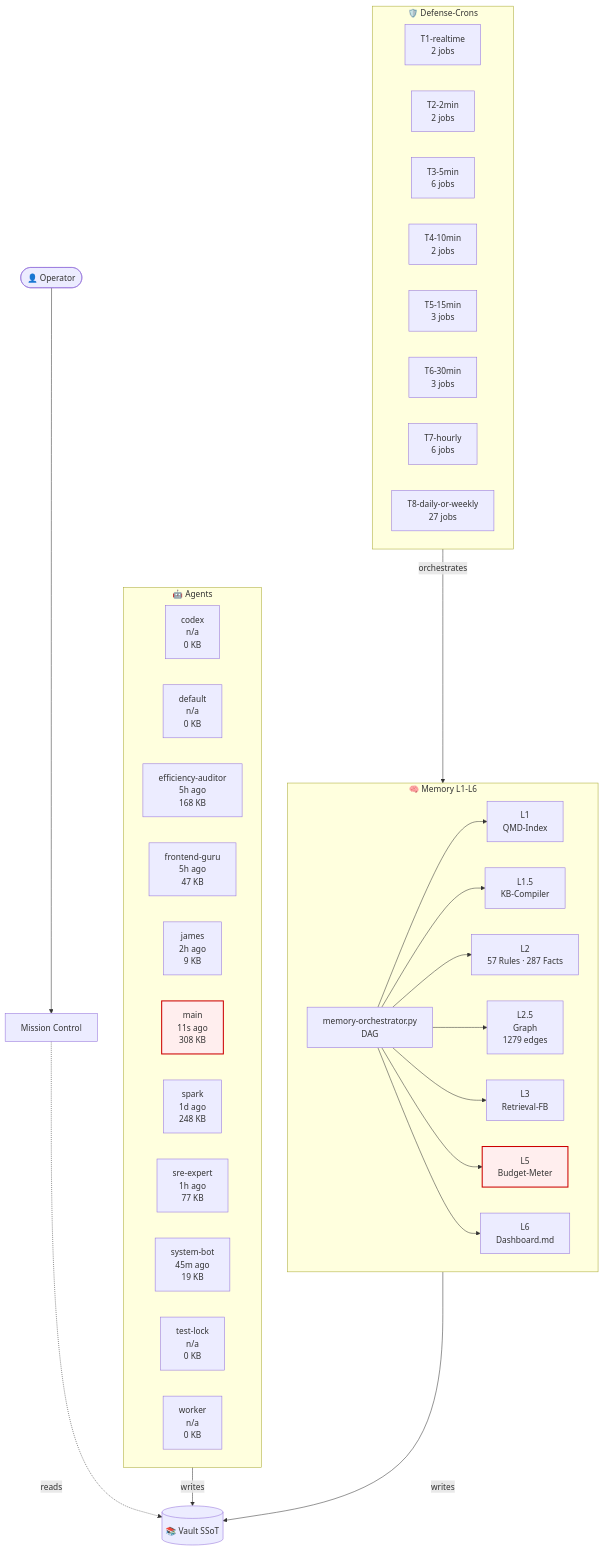
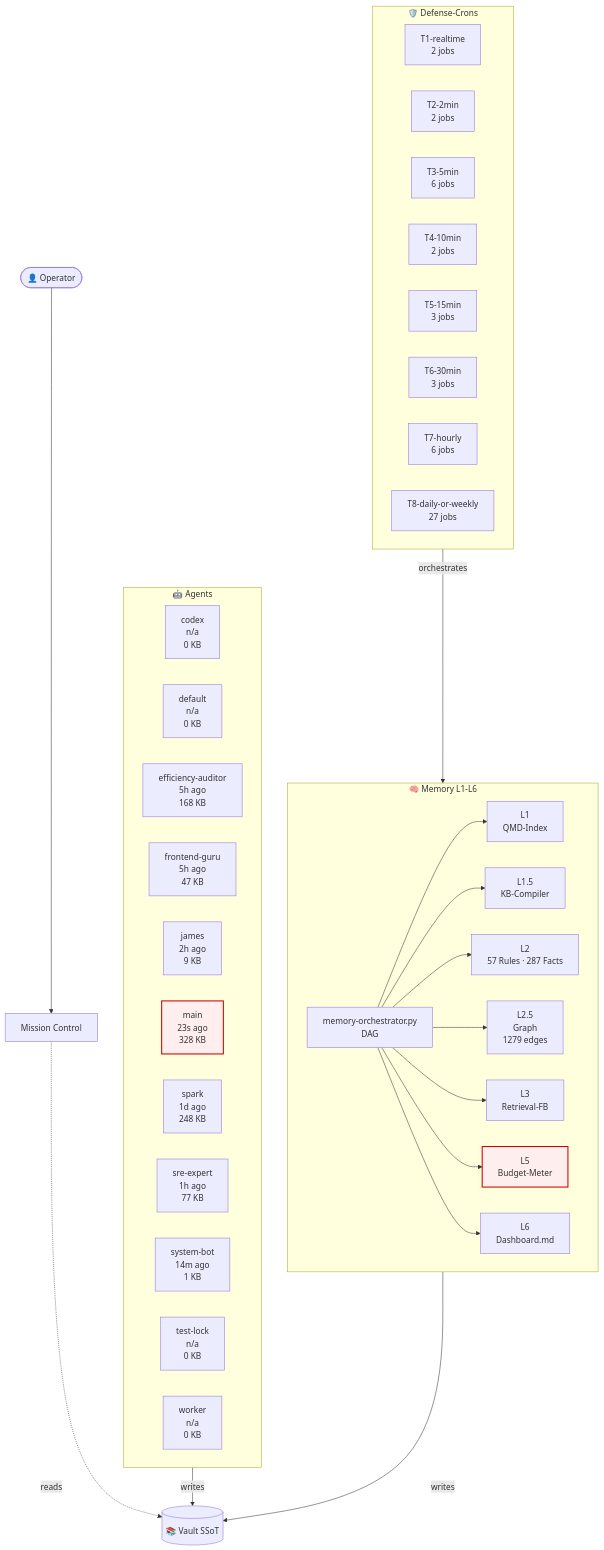
Before and after one commit to lenardhuebner88-rgb/openclaw-memory: the diagram in 03-Agents/architecture-live.md, drawn with Mermaid. The commit also changed other lines of this file and 18 other files, not shown here.

````diff
--- a/03-Agents/architecture-live.md
+++ b/03-Agents/architecture-live.md
@@ -18,54 +18,54 @@
 ```mermaid
 flowchart TB
     classDef critical fill:#fee,stroke:#c00,stroke-width:2px;
     subgraph AGT["🤖 Agents"]
         agent_codex["codex<br/>n/a<br/>0 KB"]
         agent_default["default<br/>n/a<br/>0 KB"]
         agent_efficiency_auditor["efficiency-auditor<br/>5h ago<br/>168 KB"]
         agent_frontend_guru["frontend-guru<br/>5h ago<br/>47 KB"]
         agent_james["james<br/>2h ago<br/>9 KB"]
-        agent_main["main<br/>11s ago<br/>308 KB"]
+        agent_main["main<br/>23s ago<br/>328 KB"]
         agent_spark["spark<br/>1d ago<br/>248 KB"]
         agent_sre_expert["sre-expert<br/>1h ago<br/>77 KB"]
-        agent_system_bot["system-bot<br/>45m ago<br/>19 KB"]
+        agent_system_bot["system-bot<br/>14m ago<br/>1 KB"]
         agent_test_lock["test-lock<br/>n/a<br/>0 KB"]
         agent_worker["worker<br/>n/a<br/>0 KB"]
     end
     subgraph MEM["🧠 Memory L1-L6"]
         L1["L1<br/>QMD-Index"]
         L15["L1.5<br/>KB-Compiler"]
         L2["L2<br/>57 Rules · 287 Facts"]
         L25["L2.5<br/>Graph<br/>1279 edges"]
         L3["L3<br/>Retrieval-FB"]
         L5["L5<br/>Budget-Meter"]
         L6["L6<br/>Dashboard.md"]
         ORCH["memory-orchestrator.py<br/>DAG"]
     end
     subgraph CRN["🛡️ Defense-Crons"]
         tier_T1_realtime["T1-realtime<br/>2 jobs"]
         tier_T2_2min["T2-2min<br/>2 jobs"]
         tier_T3_5min["T3-5min<br/>6 jobs"]
         tier_T4_10min["T4-10min<br/>2 jobs"]
         tier_T5_15min["T5-15min<br/>3 jobs"]
         tier_T6_30min["T6-30min<br/>3 jobs"]
         tier_T7_hourly["T7-hourly<br/>6 jobs"]
         tier_T8_daily_or_weekly["T8-daily-or-weekly<br/>27 jobs"]
     end
     VAULT[("📚 Vault SSoT")]
     OP([👤 Operator])
     MC["Mission Control"]
     OP --> MC
     MC -.reads.-> VAULT
     AGT -->|writes| VAULT
     MEM -->|writes| VAULT
     ORCH --> L1
     ORCH --> L15
     ORCH --> L2
     ORCH --> L25
     ORCH --> L3
     ORCH --> L5
     ORCH --> L6
     CRN -->|orchestrates| MEM
     class L5 critical
     class agent_main critical
 ```
````
